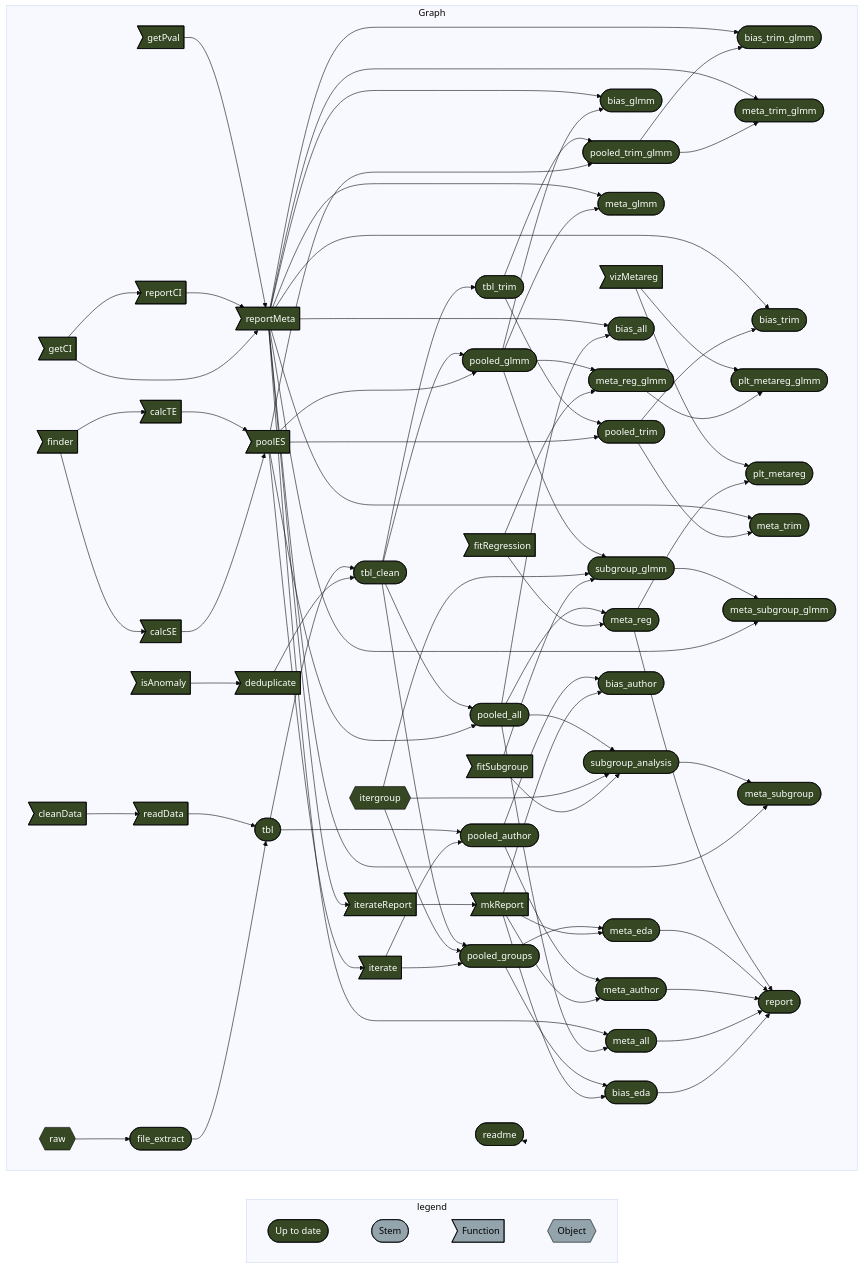
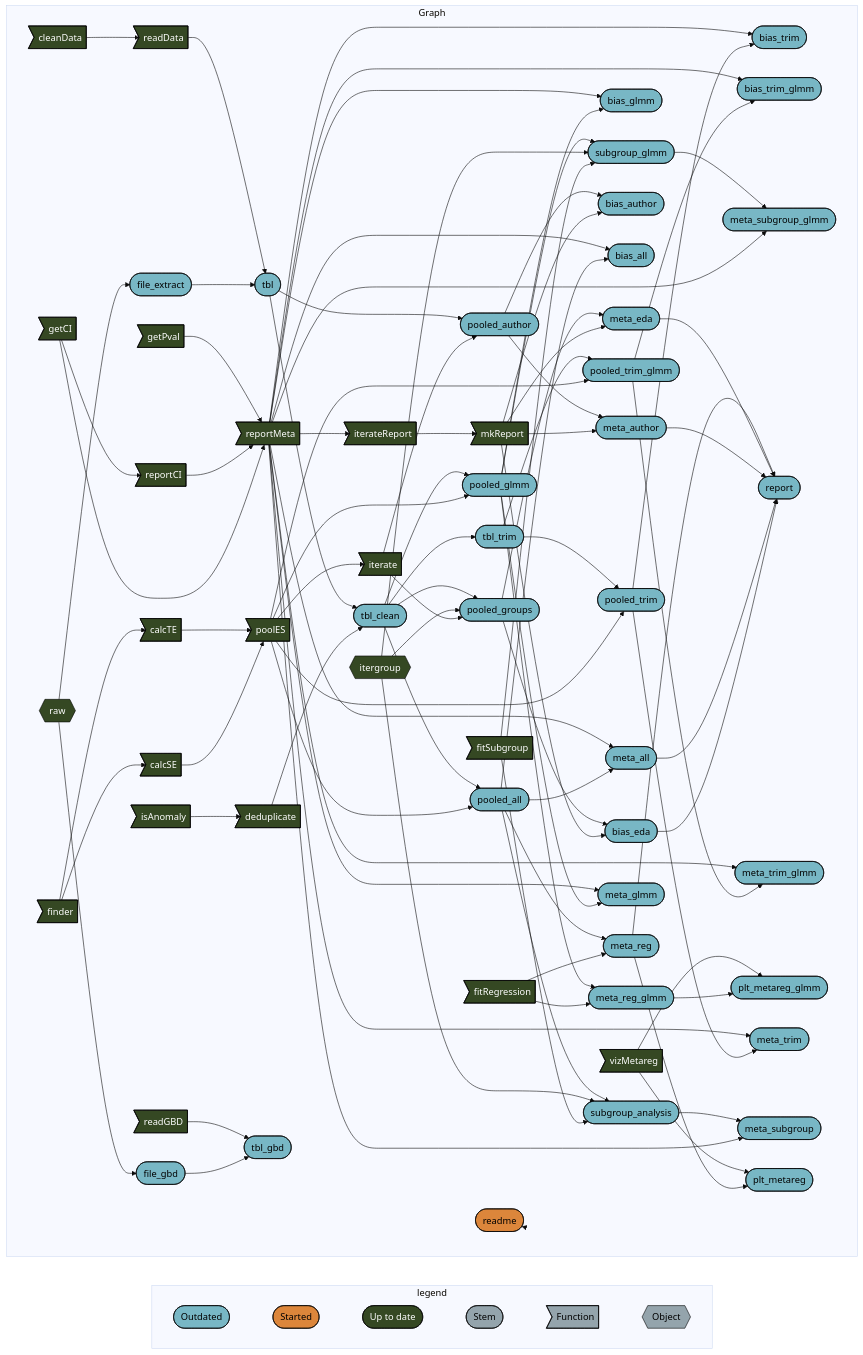
Before and after one commit to namakala/depression-in-t2dm: the diagram in README.md, drawn with Mermaid (base theme). The commit also changed 1 other file, not shown here.

Commit message:
Experiment with anomalies trimming and outliers dropping

````diff
--- a/README.md
+++ b/README.md
@@ -55,6 +55,8 @@
 graph LR
   subgraph legend
     direction LR
+    x0a52b03877696646([""Outdated""]):::outdated --- x5b3426b4c7fa7dbc([""Started""]):::started
+    x5b3426b4c7fa7dbc([""Started""]):::started --- x7420bd9270f8d27d([""Up to date""]):::uptodate
     x7420bd9270f8d27d([""Up to date""]):::uptodate --- xbf4603d6c2c2ad6b([""Stem""]):::none
     xbf4603d6c2c2ad6b([""Stem""]):::none --- xf0bce276fe2b9d3e>""Function""]:::none
     xf0bce276fe2b9d3e>""Function""]:::none --- x5bffbffeae195fc9{{""Object""}}:::none
@@ -74,78 +76,85 @@
     x8a64dc026076b147>"calcTE"]:::uptodate --> x19d56b95df0a7e85>"poolES"]:::uptodate
     xb7940ee18a25ecab>"isAnomaly"]:::uptodate --> x4cfdc4b8ffc0833b>"deduplicate"]:::uptodate
     x97296012062236b1>"getPval"]:::uptodate --> x275ceffe01854d89>"reportMeta"]:::uptodate
-    x19d56b95df0a7e85>"poolES"]:::uptodate --> x16f58f5592cc23f2(["pooled_trim"]):::uptodate
-    x64501e899d71430b(["tbl_trim"]):::uptodate --> x16f58f5592cc23f2(["pooled_trim"]):::uptodate
-    x6c2a68b24919816c(["pooled_trim_glmm"]):::uptodate --> x157d9cc65920f0ee(["bias_trim_glmm"]):::uptodate
-    x275ceffe01854d89>"reportMeta"]:::uptodate --> x157d9cc65920f0ee(["bias_trim_glmm"]):::uptodate
-    x2f8e058a4c200eca(["pooled_glmm"]):::uptodate --> x7435453e09723b05(["bias_glmm"]):::uptodate
-    x275ceffe01854d89>"reportMeta"]:::uptodate --> x7435453e09723b05(["bias_glmm"]):::uptodate
-    x19d56b95df0a7e85>"poolES"]:::uptodate --> x6c2a68b24919816c(["pooled_trim_glmm"]):::uptodate
-    x64501e899d71430b(["tbl_trim"]):::uptodate --> x6c2a68b24919816c(["pooled_trim_glmm"]):::uptodate
-    xee61ab83b7d675c1>"iterate"]:::uptodate --> x5622303d0fb3e0ca(["pooled_groups"]):::uptodate
-    xe37aeeab4f19d257{{"itergroup"}}:::uptodate --> x5622303d0fb3e0ca(["pooled_groups"]):::uptodate
-    x07c0a25d8d1269ae(["tbl_clean"]):::uptodate --> x5622303d0fb3e0ca(["pooled_groups"]):::uptodate
-    x543688e28a1fc6f2>"fitSubgroup"]:::uptodate --> x97078af44030bc70(["subgroup_analysis"]):::uptodate
-    xe37aeeab4f19d257{{"itergroup"}}:::uptodate --> x97078af44030bc70(["subgroup_analysis"]):::uptodate
-    x0c55547544d10beb(["pooled_all"]):::uptodate --> x97078af44030bc70(["subgroup_analysis"]):::uptodate
-    x2f8e058a4c200eca(["pooled_glmm"]):::uptodate --> x372094126e882570(["meta_glmm"]):::uptodate
-    x275ceffe01854d89>"reportMeta"]:::uptodate --> x372094126e882570(["meta_glmm"]):::uptodate
-    x67be920e14d52a62{{"raw"}}:::uptodate --> x948809345d27ea2b(["file_extract"]):::uptodate
-    xe507bce80d611fab>"mkReport"]:::uptodate --> x2e9a38145b3ac661(["meta_author"]):::uptodate
-    x631988a8d3d85fb3(["pooled_author"]):::uptodate --> x2e9a38145b3ac661(["meta_author"]):::uptodate
-    x0c55547544d10beb(["pooled_all"]):::uptodate --> x430992bea01a7746(["meta_all"]):::uptodate
-    x275ceffe01854d89>"reportMeta"]:::uptodate --> x430992bea01a7746(["meta_all"]):::uptodate
-    x0c55547544d10beb(["pooled_all"]):::uptodate --> x1da53b9024b2e84a(["bias_all"]):::uptodate
-    x275ceffe01854d89>"reportMeta"]:::uptodate --> x1da53b9024b2e84a(["bias_all"]):::uptodate
-    x6cab7297675953ab>"fitRegression"]:::uptodate --> x43a0cd95af269145(["meta_reg_glmm"]):::uptodate
-    x2f8e058a4c200eca(["pooled_glmm"]):::uptodate --> x43a0cd95af269145(["meta_reg_glmm"]):::uptodate
-    xee61ab83b7d675c1>"iterate"]:::uptodate --> x631988a8d3d85fb3(["pooled_author"]):::uptodate
-    xe797a538520c914d(["tbl"]):::uptodate --> x631988a8d3d85fb3(["pooled_author"]):::uptodate
-    x6c2a68b24919816c(["pooled_trim_glmm"]):::uptodate --> x979bec9dba5c139a(["meta_trim_glmm"]):::uptodate
-    x275ceffe01854d89>"reportMeta"]:::uptodate --> x979bec9dba5c139a(["meta_trim_glmm"]):::uptodate
-    x16f58f5592cc23f2(["pooled_trim"]):::uptodate --> x7d90d8c3f9be815f(["bias_trim"]):::uptodate
-    x275ceffe01854d89>"reportMeta"]:::uptodate --> x7d90d8c3f9be815f(["bias_trim"]):::uptodate
-    x948809345d27ea2b(["file_extract"]):::uptodate --> xe797a538520c914d(["tbl"]):::uptodate
-    xb4a3d4a2fc7bb7d2>"readData"]:::uptodate --> xe797a538520c914d(["tbl"]):::uptodate
-    x19d56b95df0a7e85>"poolES"]:::uptodate --> x2f8e058a4c200eca(["pooled_glmm"]):::uptodate
-    x07c0a25d8d1269ae(["tbl_clean"]):::uptodate --> x2f8e058a4c200eca(["pooled_glmm"]):::uptodate
-    xe507bce80d611fab>"mkReport"]:::uptodate --> x9779f797366ec5b8(["meta_eda"]):::uptodate
-    x5622303d0fb3e0ca(["pooled_groups"]):::uptodate --> x9779f797366ec5b8(["meta_eda"]):::uptodate
-    x43a0cd95af269145(["meta_reg_glmm"]):::uptodate --> xacc055f19d077ef7(["plt_metareg_glmm"]):::uptodate
-    xb8df53a3923736a6>"vizMetareg"]:::uptodate --> xacc055f19d077ef7(["plt_metareg_glmm"]):::uptodate
-    x3b47b6779afe85cb(["meta_reg"]):::uptodate --> x85d32e8dea63783a(["plt_metareg"]):::uptodate
-    xb8df53a3923736a6>"vizMetareg"]:::uptodate --> x85d32e8dea63783a(["plt_metareg"]):::uptodate
-    x19d56b95df0a7e85>"poolES"]:::uptodate --> x0c55547544d10beb(["pooled_all"]):::uptodate
-    x07c0a25d8d1269ae(["tbl_clean"]):::uptodate --> x0c55547544d10beb(["pooled_all"]):::uptodate
-    x16f58f5592cc23f2(["pooled_trim"]):::uptodate --> xf4b58dbf4ed40c45(["meta_trim"]):::uptodate
-    x275ceffe01854d89>"reportMeta"]:::uptodate --> xf4b58dbf4ed40c45(["meta_trim"]):::uptodate
-    x4cfdc4b8ffc0833b>"deduplicate"]:::uptodate --> x07c0a25d8d1269ae(["tbl_clean"]):::uptodate
-    xe797a538520c914d(["tbl"]):::uptodate --> x07c0a25d8d1269ae(["tbl_clean"]):::uptodate
-    x275ceffe01854d89>"reportMeta"]:::uptodate --> x8f6d13cb7c3e85ba(["meta_subgroup_glmm"]):::uptodate
-    x20d407903515e4c8(["subgroup_glmm"]):::uptodate --> x8f6d13cb7c3e85ba(["meta_subgroup_glmm"]):::uptodate
-    x6cab7297675953ab>"fitRegression"]:::uptodate --> x3b47b6779afe85cb(["meta_reg"]):::uptodate
-    x0c55547544d10beb(["pooled_all"]):::uptodate --> x3b47b6779afe85cb(["meta_reg"]):::uptodate
-    xe507bce80d611fab>"mkReport"]:::uptodate --> x7cddcc2458aa2f2a(["bias_eda"]):::uptodate
-    x5622303d0fb3e0ca(["pooled_groups"]):::uptodate --> x7cddcc2458aa2f2a(["bias_eda"]):::uptodate
-    x275ceffe01854d89>"reportMeta"]:::uptodate --> xaf0034ed7fb04a01(["meta_subgroup"]):::uptodate
-    x97078af44030bc70(["subgroup_analysis"]):::uptodate --> xaf0034ed7fb04a01(["meta_subgroup"]):::uptodate
-    x07c0a25d8d1269ae(["tbl_clean"]):::uptodate --> x64501e899d71430b(["tbl_trim"]):::uptodate
-    xe507bce80d611fab>"mkReport"]:::uptodate --> x8258980e0682878d(["bias_author"]):::uptodate
-    x631988a8d3d85fb3(["pooled_author"]):::uptodate --> x8258980e0682878d(["bias_author"]):::uptodate
-    x7cddcc2458aa2f2a(["bias_eda"]):::uptodate --> xe0fba61fbc506510(["report"]):::uptodate
-    x430992bea01a7746(["meta_all"]):::uptodate --> xe0fba61fbc506510(["report"]):::uptodate
-    x2e9a38145b3ac661(["meta_author"]):::uptodate --> xe0fba61fbc506510(["report"]):::uptodate
-    x9779f797366ec5b8(["meta_eda"]):::uptodate --> xe0fba61fbc506510(["report"]):::uptodate
-    x3b47b6779afe85cb(["meta_reg"]):::uptodate --> xe0fba61fbc506510(["report"]):::uptodate
-    x543688e28a1fc6f2>"fitSubgroup"]:::uptodate --> x20d407903515e4c8(["subgroup_glmm"]):::uptodate
-    xe37aeeab4f19d257{{"itergroup"}}:::uptodate --> x20d407903515e4c8(["subgroup_glmm"]):::uptodate
-    x2f8e058a4c200eca(["pooled_glmm"]):::uptodate --> x20d407903515e4c8(["subgroup_glmm"]):::uptodate
-    x6e52cb0f1668cc22(["readme"]):::uptodate --> x6e52cb0f1668cc22(["readme"]):::uptodate
+    x16f58f5592cc23f2(["pooled_trim"]):::outdated --> x7d90d8c3f9be815f(["bias_trim"]):::outdated
+    x275ceffe01854d89>"reportMeta"]:::uptodate --> x7d90d8c3f9be815f(["bias_trim"]):::outdated
+    x07c0a25d8d1269ae(["tbl_clean"]):::outdated --> x64501e899d71430b(["tbl_trim"]):::outdated
+    x543688e28a1fc6f2>"fitSubgroup"]:::uptodate --> x20d407903515e4c8(["subgroup_glmm"]):::outdated
+    xe37aeeab4f19d257{{"itergroup"}}:::uptodate --> x20d407903515e4c8(["subgroup_glmm"]):::outdated
+    x2f8e058a4c200eca(["pooled_glmm"]):::outdated --> x20d407903515e4c8(["subgroup_glmm"]):::outdated
+    x2f8e058a4c200eca(["pooled_glmm"]):::outdated --> x7435453e09723b05(["bias_glmm"]):::outdated
+    x275ceffe01854d89>"reportMeta"]:::uptodate --> x7435453e09723b05(["bias_glmm"]):::outdated
+    xee61ab83b7d675c1>"iterate"]:::uptodate --> x5622303d0fb3e0ca(["pooled_groups"]):::outdated
+    xe37aeeab4f19d257{{"itergroup"}}:::uptodate --> x5622303d0fb3e0ca(["pooled_groups"]):::outdated
+    x07c0a25d8d1269ae(["tbl_clean"]):::outdated --> x5622303d0fb3e0ca(["pooled_groups"]):::outdated
+    x19d56b95df0a7e85>"poolES"]:::uptodate --> x6c2a68b24919816c(["pooled_trim_glmm"]):::outdated
+    x64501e899d71430b(["tbl_trim"]):::outdated --> x6c2a68b24919816c(["pooled_trim_glmm"]):::outdated
+    x67be920e14d52a62{{"raw"}}:::uptodate --> xdd4b0b70c7769dbd(["file_gbd"]):::outdated
+    x6c2a68b24919816c(["pooled_trim_glmm"]):::outdated --> x157d9cc65920f0ee(["bias_trim_glmm"]):::outdated
+    x275ceffe01854d89>"reportMeta"]:::uptodate --> x157d9cc65920f0ee(["bias_trim_glmm"]):::outdated
+    x948809345d27ea2b(["file_extract"]):::outdated --> xe797a538520c914d(["tbl"]):::outdated
+    xb4a3d4a2fc7bb7d2>"readData"]:::uptodate --> xe797a538520c914d(["tbl"]):::outdated
+    xe507bce80d611fab>"mkReport"]:::uptodate --> x8258980e0682878d(["bias_author"]):::outdated
+    x631988a8d3d85fb3(["pooled_author"]):::outdated --> x8258980e0682878d(["bias_author"]):::outdated
+    x0c55547544d10beb(["pooled_all"]):::outdated --> x1da53b9024b2e84a(["bias_all"]):::outdated
+    x275ceffe01854d89>"reportMeta"]:::uptodate --> x1da53b9024b2e84a(["bias_all"]):::outdated
+    x19d56b95df0a7e85>"poolES"]:::uptodate --> x2f8e058a4c200eca(["pooled_glmm"]):::outdated
+    x07c0a25d8d1269ae(["tbl_clean"]):::outdated --> x2f8e058a4c200eca(["pooled_glmm"]):::outdated
+    x6cab7297675953ab>"fitRegression"]:::uptodate --> x3b47b6779afe85cb(["meta_reg"]):::outdated
+    x0c55547544d10beb(["pooled_all"]):::outdated --> x3b47b6779afe85cb(["meta_reg"]):::outdated
+    x0c55547544d10beb(["pooled_all"]):::outdated --> x430992bea01a7746(["meta_all"]):::outdated
+    x275ceffe01854d89>"reportMeta"]:::uptodate --> x430992bea01a7746(["meta_all"]):::outdated
+    xe507bce80d611fab>"mkReport"]:::uptodate --> x7cddcc2458aa2f2a(["bias_eda"]):::outdated
+    x5622303d0fb3e0ca(["pooled_groups"]):::outdated --> x7cddcc2458aa2f2a(["bias_eda"]):::outdated
+    x275ceffe01854d89>"reportMeta"]:::uptodate --> x8f6d13cb7c3e85ba(["meta_subgroup_glmm"]):::outdated
+    x20d407903515e4c8(["subgroup_glmm"]):::outdated --> x8f6d13cb7c3e85ba(["meta_subgroup_glmm"]):::outdated
+    x7cddcc2458aa2f2a(["bias_eda"]):::outdated --> xe0fba61fbc506510(["report"]):::outdated
+    x430992bea01a7746(["meta_all"]):::outdated --> xe0fba61fbc506510(["report"]):::outdated
+    x2e9a38145b3ac661(["meta_author"]):::outdated --> xe0fba61fbc506510(["report"]):::outdated
+    x9779f797366ec5b8(["meta_eda"]):::outdated --> xe0fba61fbc506510(["report"]):::outdated
+    x3b47b6779afe85cb(["meta_reg"]):::outdated --> xe0fba61fbc506510(["report"]):::outdated
+    x6c2a68b24919816c(["pooled_trim_glmm"]):::outdated --> x979bec9dba5c139a(["meta_trim_glmm"]):::outdated
+    x275ceffe01854d89>"reportMeta"]:::uptodate --> x979bec9dba5c139a(["meta_trim_glmm"]):::outdated
+    x543688e28a1fc6f2>"fitSubgroup"]:::uptodate --> x97078af44030bc70(["subgroup_analysis"]):::outdated
+    xe37aeeab4f19d257{{"itergroup"}}:::uptodate --> x97078af44030bc70(["subgroup_analysis"]):::outdated
+    x0c55547544d10beb(["pooled_all"]):::outdated --> x97078af44030bc70(["subgroup_analysis"]):::outdated
+    x19d56b95df0a7e85>"poolES"]:::uptodate --> x16f58f5592cc23f2(["pooled_trim"]):::outdated
+    x64501e899d71430b(["tbl_trim"]):::outdated --> x16f58f5592cc23f2(["pooled_trim"]):::outdated
+    xdd4b0b70c7769dbd(["file_gbd"]):::outdated --> x0d85e8aa1f7733e8(["tbl_gbd"]):::outdated
+    x0c6b15df3123c413>"readGBD"]:::uptodate --> x0d85e8aa1f7733e8(["tbl_gbd"]):::outdated
+    x43a0cd95af269145(["meta_reg_glmm"]):::outdated --> xacc055f19d077ef7(["plt_metareg_glmm"]):::outdated
+    xb8df53a3923736a6>"vizMetareg"]:::uptodate --> xacc055f19d077ef7(["plt_metareg_glmm"]):::outdated
+    x67be920e14d52a62{{"raw"}}:::uptodate --> x948809345d27ea2b(["file_extract"]):::outdated
+    x16f58f5592cc23f2(["pooled_trim"]):::outdated --> xf4b58dbf4ed40c45(["meta_trim"]):::outdated
+    x275ceffe01854d89>"reportMeta"]:::uptodate --> xf4b58dbf4ed40c45(["meta_trim"]):::outdated
+    xee61ab83b7d675c1>"iterate"]:::uptodate --> x631988a8d3d85fb3(["pooled_author"]):::outdated
+    xe797a538520c914d(["tbl"]):::outdated --> x631988a8d3d85fb3(["pooled_author"]):::outdated
+    x19d56b95df0a7e85>"poolES"]:::uptodate --> x0c55547544d10beb(["pooled_all"]):::outdated
+    x07c0a25d8d1269ae(["tbl_clean"]):::outdated --> x0c55547544d10beb(["pooled_all"]):::outdated
+    x275ceffe01854d89>"reportMeta"]:::uptodate --> xaf0034ed7fb04a01(["meta_subgroup"]):::outdated
+    x97078af44030bc70(["subgroup_analysis"]):::outdated --> xaf0034ed7fb04a01(["meta_subgroup"]):::outdated
+    x3b47b6779afe85cb(["meta_reg"]):::outdated --> x85d32e8dea63783a(["plt_metareg"]):::outdated
+    xb8df53a3923736a6>"vizMetareg"]:::uptodate --> x85d32e8dea63783a(["plt_metareg"]):::outdated
+    x2f8e058a4c200eca(["pooled_glmm"]):::outdated --> x372094126e882570(["meta_glmm"]):::outdated
+    x275ceffe01854d89>"reportMeta"]:::uptodate --> x372094126e882570(["meta_glmm"]):::outdated
+    x4cfdc4b8ffc0833b>"deduplicate"]:::uptodate --> x07c0a25d8d1269ae(["tbl_clean"]):::outdated
+    xe797a538520c914d(["tbl"]):::outdated --> x07c0a25d8d1269ae(["tbl_clean"]):::outdated
+    x6cab7297675953ab>"fitRegression"]:::uptodate --> x43a0cd95af269145(["meta_reg_glmm"]):::outdated
+    x2f8e058a4c200eca(["pooled_glmm"]):::outdated --> x43a0cd95af269145(["meta_reg_glmm"]):::outdated
+    xe507bce80d611fab>"mkReport"]:::uptodate --> x9779f797366ec5b8(["meta_eda"]):::outdated
+    x5622303d0fb3e0ca(["pooled_groups"]):::outdated --> x9779f797366ec5b8(["meta_eda"]):::outdated
+    xe507bce80d611fab>"mkReport"]:::uptodate --> x2e9a38145b3ac661(["meta_author"]):::outdated
+    x631988a8d3d85fb3(["pooled_author"]):::outdated --> x2e9a38145b3ac661(["meta_author"]):::outdated
+    x6e52cb0f1668cc22(["readme"]):::started --> x6e52cb0f1668cc22(["readme"]):::started
   end
+  classDef outdated stroke:#000000,color:#000000,fill:#78B7C5;
+  classDef started stroke:#000000,color:#000000,fill:#DC863B;
   classDef uptodate stroke:#000000,color:#ffffff,fill:#354823;
   classDef none stroke:#000000,color:#000000,fill:#94a4ac;
   linkStyle 0 stroke-width:0px;
   linkStyle 1 stroke-width:0px;
   linkStyle 2 stroke-width:0px;
-  linkStyle 82 stroke-width:0px;
+  linkStyle 3 stroke-width:0px;
+  linkStyle 4 stroke-width:0px;
+  linkStyle 87 stroke-width:0px;
 ```
````
